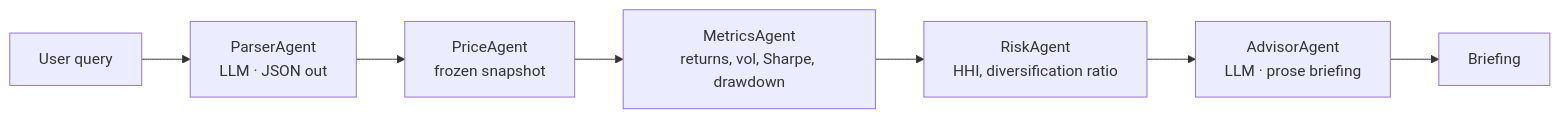
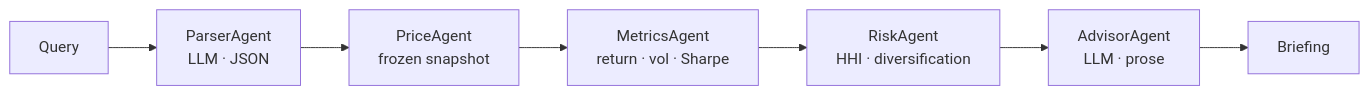
The diagram in README.md (rohan9446/llm-agent-cost-harness), drawn with Mermaid before and after one commit. The commit also changed other lines of this file, not shown here.

````diff
--- a/README.md
+++ b/README.md
@@ -37,9 +36,9 @@
 ```mermaid
 flowchart LR
-  Q[User query] --> P[ParserAgent<br/>LLM · JSON out]
+  Q[Query] --> P[ParserAgent<br/>LLM · JSON]
   P --> PR[PriceAgent<br/>frozen snapshot]
-  PR --> M[MetricsAgent<br/>returns, vol, Sharpe, drawdown]
-  M --> R[RiskAgent<br/>HHI, diversification ratio]
-  R --> A[AdvisorAgent<br/>LLM · prose briefing]
+  PR --> M[MetricsAgent<br/>return · vol · Sharpe]
+  M --> R[RiskAgent<br/>HHI · diversification]
+  R --> A[AdvisorAgent<br/>LLM · prose]
   A --> O[Briefing]
 ```
````
